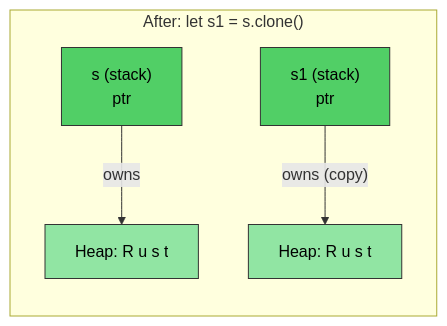
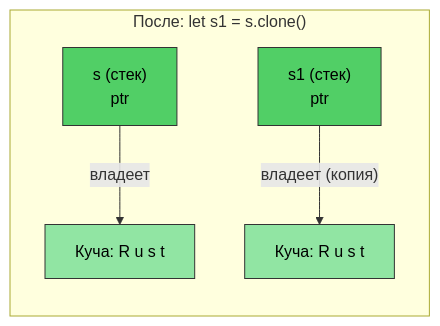
The second of 2 diagrams in c-cpp-book/src/ch07-ownership-and-borrowing.md (r007/RustTraining-Rus), drawn with Mermaid before and after one commit. The commit also changed other lines of this file and 21 other files, not shown here.

````diff
--- a/c-cpp-book/src/ch07-ownership-and-borrowing.md
+++ b/c-cpp-book/src/ch07-ownership-and-borrowing.md
@@ -174,12 +174,12 @@
 ```mermaid
 graph LR
-    subgraph "After: let s1 = s.clone()"
-        S["s (stack)<br/>ptr"] -->|"owns"| H1["Heap: R u s t"]
-        S1["s1 (stack)<br/>ptr"] -->|"owns (copy)"| H2["Heap: R u s t"]
+    subgraph "После: let s1 = s.clone()"
+        S["s (стек)<br/>ptr"] -->|"владеет"| H1["Куча: R u s t"]
+        S1["s1 (стек)<br/>ptr"] -->|"владеет (копия)"| H2["Куча: R u s t"]
     end
 
     style S fill:#51cf66,color:#000,stroke:#333
     style S1 fill:#51cf66,color:#000,stroke:#333
     style H1 fill:#91e5a3,color:#000,stroke:#333
     style H2 fill:#91e5a3,color:#000,stroke:#333
 ```
````
